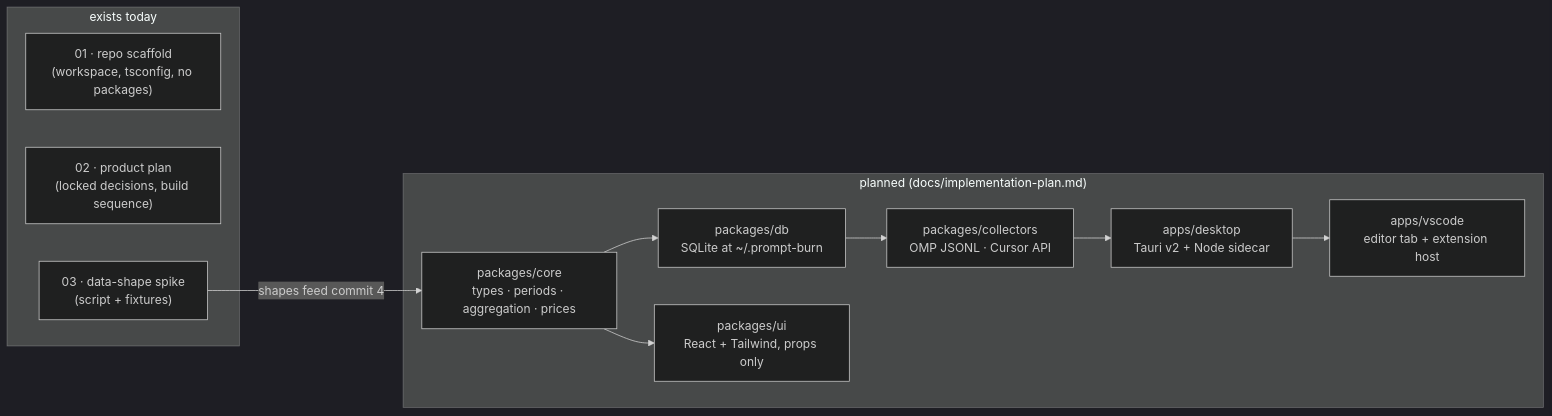
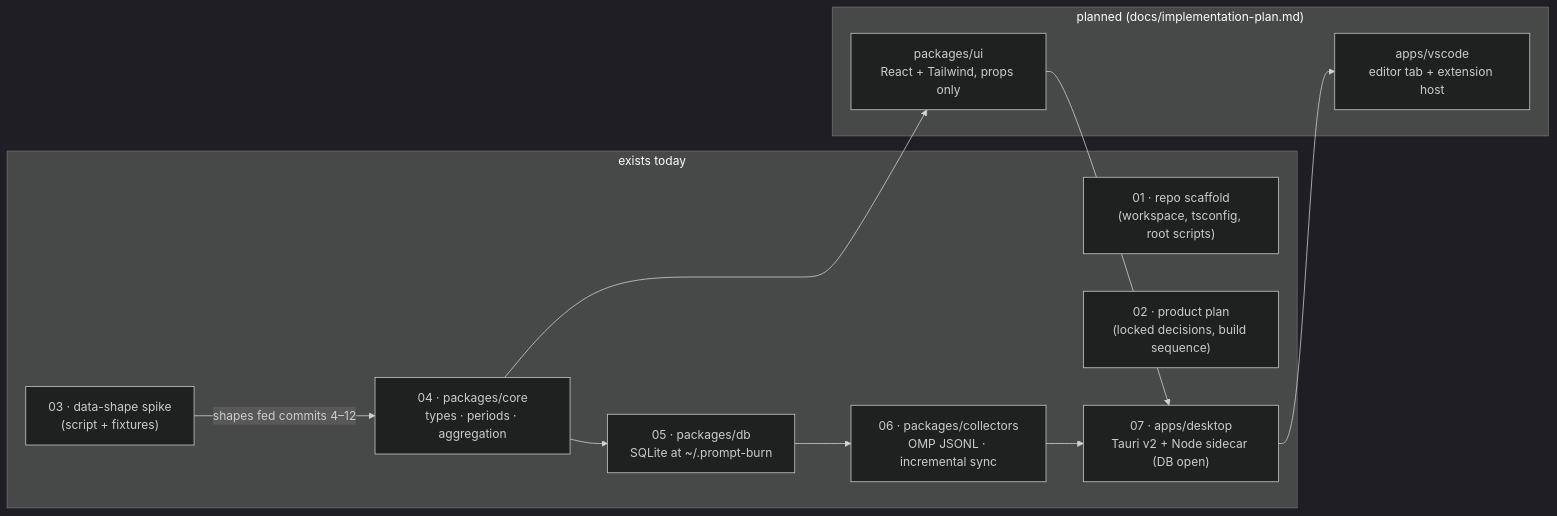
The diagram in docs/architecture/README.md (prajwal-hebbar-07/prompt-burn), drawn with Mermaid (dark theme) before and after one commit. The commit also changed other lines of this file and 16 other files, not shown here.

````diff
--- a/docs/architecture/README.md
+++ b/docs/architecture/README.md
@@ -14,20 +18,20 @@
 ```mermaid
 graph LR
     subgraph "exists today"
-        S["01 · repo scaffold<br/>(workspace, tsconfig, no packages)"]
+        S["01 · repo scaffold<br/>(workspace, tsconfig, root scripts)"]
         P["02 · product plan<br/>(locked decisions, build sequence)"]
         SP["03 · data-shape spike<br/>(script + fixtures)"]
+        C["04 · packages/core<br/>types · periods · aggregation"]
+        D["05 · packages/db<br/>SQLite at ~/.prompt-burn"]
+        K["06 · packages/collectors<br/>OMP JSONL · incremental sync"]
+        DESK["07 · apps/desktop<br/>Tauri v2 + Node sidecar (DB open)"]
     end
     subgraph "planned (docs/implementation-plan.md)"
-        C["packages/core<br/>types · periods · aggregation · prices"]
-        D["packages/db<br/>SQLite at ~/.prompt-burn"]
-        K["packages/collectors<br/>OMP JSONL · Cursor API"]
         U["packages/ui<br/>React + Tailwind, props only"]
-        DESK["apps/desktop<br/>Tauri v2 + Node sidecar"]
         VSC["apps/vscode<br/>editor tab + extension host"]
     end
-    SP -->|"shapes feed commit 4"| C
+    SP -->|"shapes fed commits 4–12"| C
     C --> D --> K --> DESK
-    C --> U
+    C --> U --> DESK
     DESK --> VSC
 ```
````
